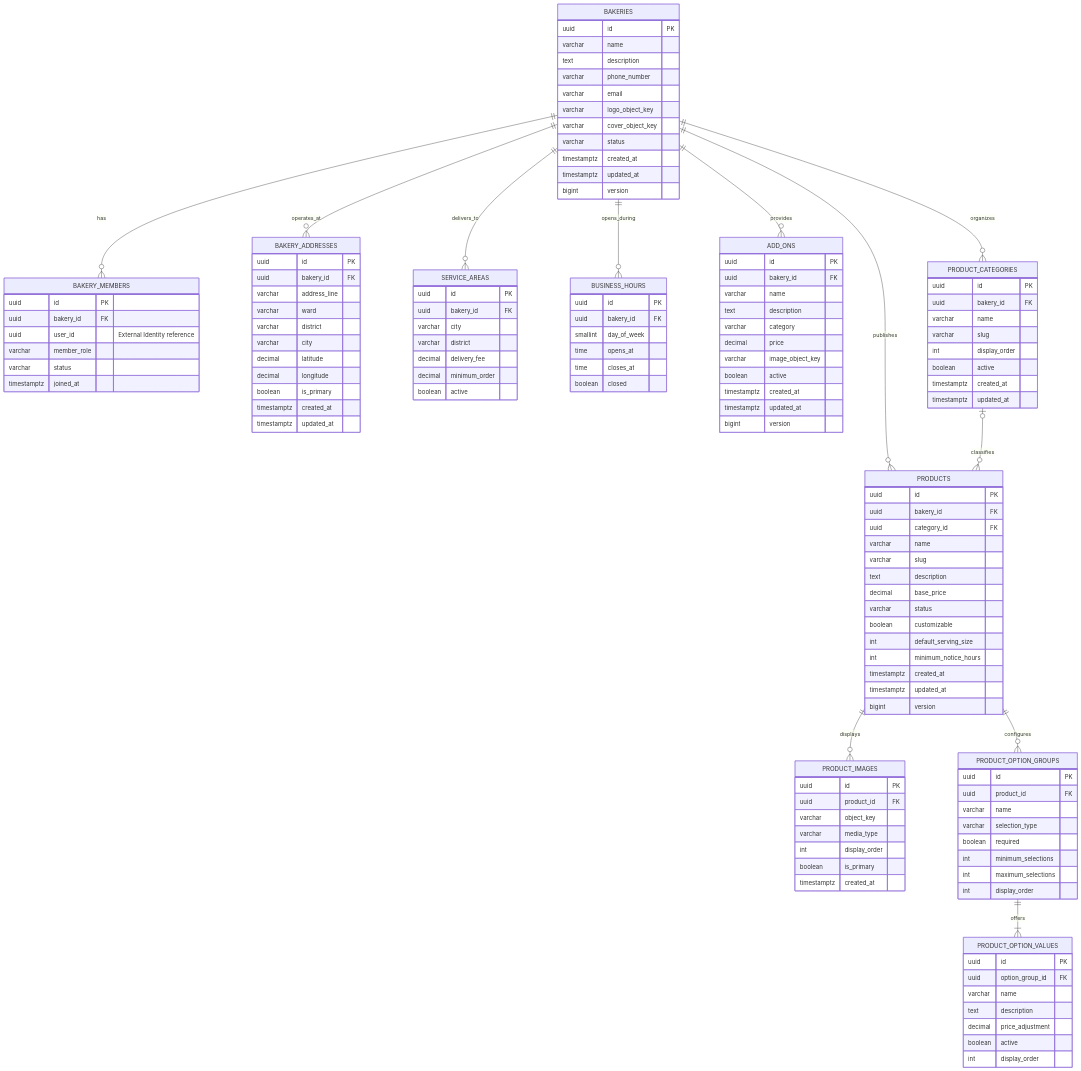
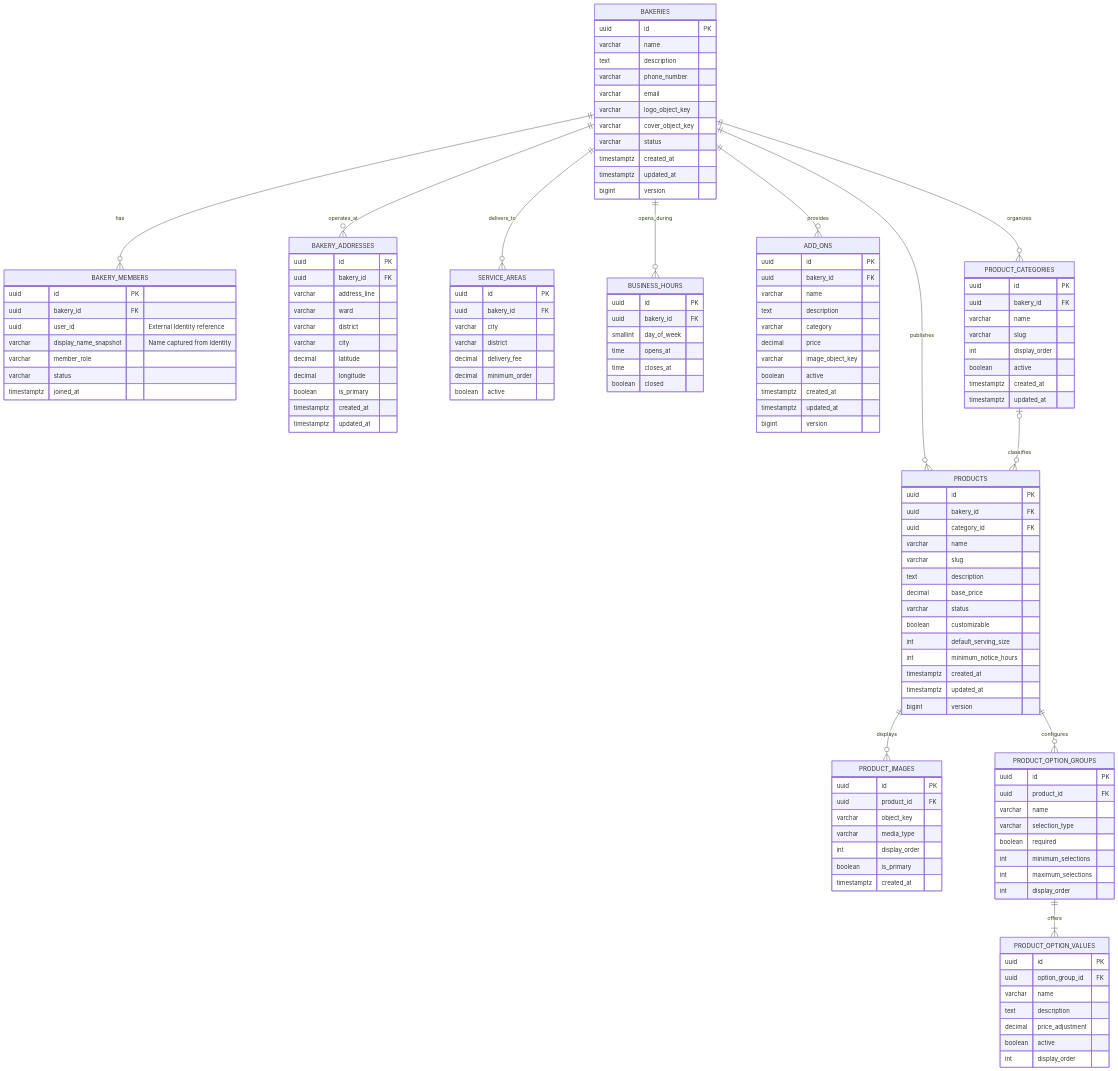
One commit to leminhkhoi-james/Bakery-Platform changed the diagram in docs/erd/02-bakery-service-logical.mmd. Above: the diagram before and after it, drawn with Mermaid. The commit also changed 46 other files, not shown here.

```diff
--- a/docs/erd/02-bakery-service-logical.mmd
+++ b/docs/erd/02-bakery-service-logical.mmd
@@ -1,141 +1,142 @@
 erDiagram
     BAKERIES {
         uuid id PK
         varchar name
         text description
         varchar phone_number
         varchar email
         varchar logo_object_key
         varchar cover_object_key
         varchar status
         timestamptz created_at
         timestamptz updated_at
         bigint version
     }
 
     BAKERY_MEMBERS {
         uuid id PK
         uuid bakery_id FK
         uuid user_id "External Identity reference"
+        varchar display_name_snapshot "Name captured from Identity"
         varchar member_role
         varchar status
         timestamptz joined_at
     }
 
     BAKERY_ADDRESSES {
         uuid id PK
         uuid bakery_id FK
         varchar address_line
         varchar ward
         varchar district
         varchar city
         decimal latitude
         decimal longitude
         boolean is_primary
         timestamptz created_at
         timestamptz updated_at
     }
 
     SERVICE_AREAS {
         uuid id PK
         uuid bakery_id FK
         varchar city
         varchar district
         decimal delivery_fee
         decimal minimum_order
         boolean active
     }
 
     BUSINESS_HOURS {
         uuid id PK
         uuid bakery_id FK
         smallint day_of_week
         time opens_at
         time closes_at
         boolean closed
     }
 
     ADD_ONS {
         uuid id PK
         uuid bakery_id FK
         varchar name
         text description
         varchar category
         decimal price
         varchar image_object_key
         boolean active
         timestamptz created_at
         timestamptz updated_at
         bigint version
     }
 
     PRODUCT_CATEGORIES {
         uuid id PK
         uuid bakery_id FK
         varchar name
         varchar slug
         int display_order
         boolean active
         timestamptz created_at
         timestamptz updated_at
     }
 
     PRODUCTS {
         uuid id PK
         uuid bakery_id FK
         uuid category_id FK
         varchar name
         varchar slug
         text description
         decimal base_price
         varchar status
         boolean customizable
         int default_serving_size
         int minimum_notice_hours
         timestamptz created_at
         timestamptz updated_at
         bigint version
     }
 
     PRODUCT_IMAGES {
         uuid id PK
         uuid product_id FK
         varchar object_key
         varchar media_type
         int display_order
         boolean is_primary
         timestamptz created_at
     }
 
     PRODUCT_OPTION_GROUPS {
         uuid id PK
         uuid product_id FK
         varchar name
         varchar selection_type
         boolean required
         int minimum_selections
         int maximum_selections
         int display_order
     }
 
     PRODUCT_OPTION_VALUES {
         uuid id PK
         uuid option_group_id FK
         varchar name
         text description
         decimal price_adjustment
         boolean active
         int display_order
     }
 
     BAKERIES ||--o{ BAKERY_MEMBERS : has
     BAKERIES ||--o{ BAKERY_ADDRESSES : operates_at
     BAKERIES ||--o{ SERVICE_AREAS : delivers_to
     BAKERIES ||--o{ BUSINESS_HOURS : opens_during
     BAKERIES ||--o{ ADD_ONS : provides
     BAKERIES ||--o{ PRODUCT_CATEGORIES : organizes
     BAKERIES ||--o{ PRODUCTS : publishes
     PRODUCT_CATEGORIES o|--o{ PRODUCTS : classifies
     PRODUCTS ||--o{ PRODUCT_IMAGES : displays
     PRODUCTS ||--o{ PRODUCT_OPTION_GROUPS : configures
     PRODUCT_OPTION_GROUPS ||--|{ PRODUCT_OPTION_VALUES : offers
```
